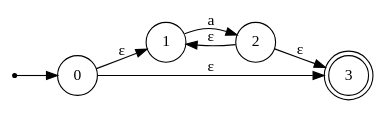
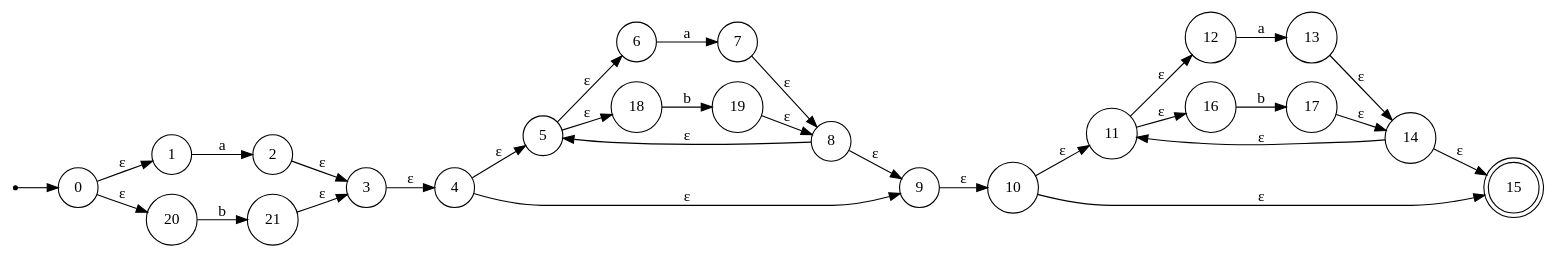
Before and after one commit to konstantin2506/automata_theory: the diagram in lab2/nfa.dot, drawn with Graphviz. The commit also changed 7 other files, not shown here.

```diff
--- a/lab2/nfa.dot
+++ b/lab2/nfa.dot
@@ -1,15 +1,56 @@
 digraph NFA {
     rankdir=LR;
     node [shape=circle];
     start [shape=point];
     0 [label="0"];
     1 [label="1"];
     2 [label="2"];
-    3 [label="3", shape=doublecircle];
+    3 [label="3"];
+    4 [label="4"];
+    5 [label="5"];
+    6 [label="6"];
+    7 [label="7"];
+    8 [label="8"];
+    9 [label="9"];
+    10 [label="10"];
+    11 [label="11"];
+    12 [label="12"];
+    13 [label="13"];
+    14 [label="14"];
+    15 [label="15", shape=doublecircle];
+    14 -> 15 [label="ε"];
+    14 -> 11 [label="ε"];
+    13 -> 14 [label="ε"];
+    12 -> 13 [label="a"];
+    11 -> 12 [label="ε"];
+    16 [label="16"];
+    17 [label="17"];
+    17 -> 14 [label="ε"];
+    16 -> 17 [label="b"];
+    11 -> 16 [label="ε"];
+    10 -> 11 [label="ε"];
+    10 -> 15 [label="ε"];
+    9 -> 10 [label="ε"];
+    8 -> 9 [label="ε"];
+    8 -> 5 [label="ε"];
+    7 -> 8 [label="ε"];
+    6 -> 7 [label="a"];
+    5 -> 6 [label="ε"];
+    18 [label="18"];
+    19 [label="19"];
+    19 -> 8 [label="ε"];
+    18 -> 19 [label="b"];
+    5 -> 18 [label="ε"];
+    4 -> 5 [label="ε"];
+    4 -> 9 [label="ε"];
+    3 -> 4 [label="ε"];
     2 -> 3 [label="ε"];
-    2 -> 1 [label="ε"];
     1 -> 2 [label="a"];
     0 -> 1 [label="ε"];
-    0 -> 3 [label="ε"];
+    20 [label="20"];
+    21 [label="21"];
+    21 -> 3 [label="ε"];
+    20 -> 21 [label="b"];
+    0 -> 20 [label="ε"];
     start -> 0;
 }
```
